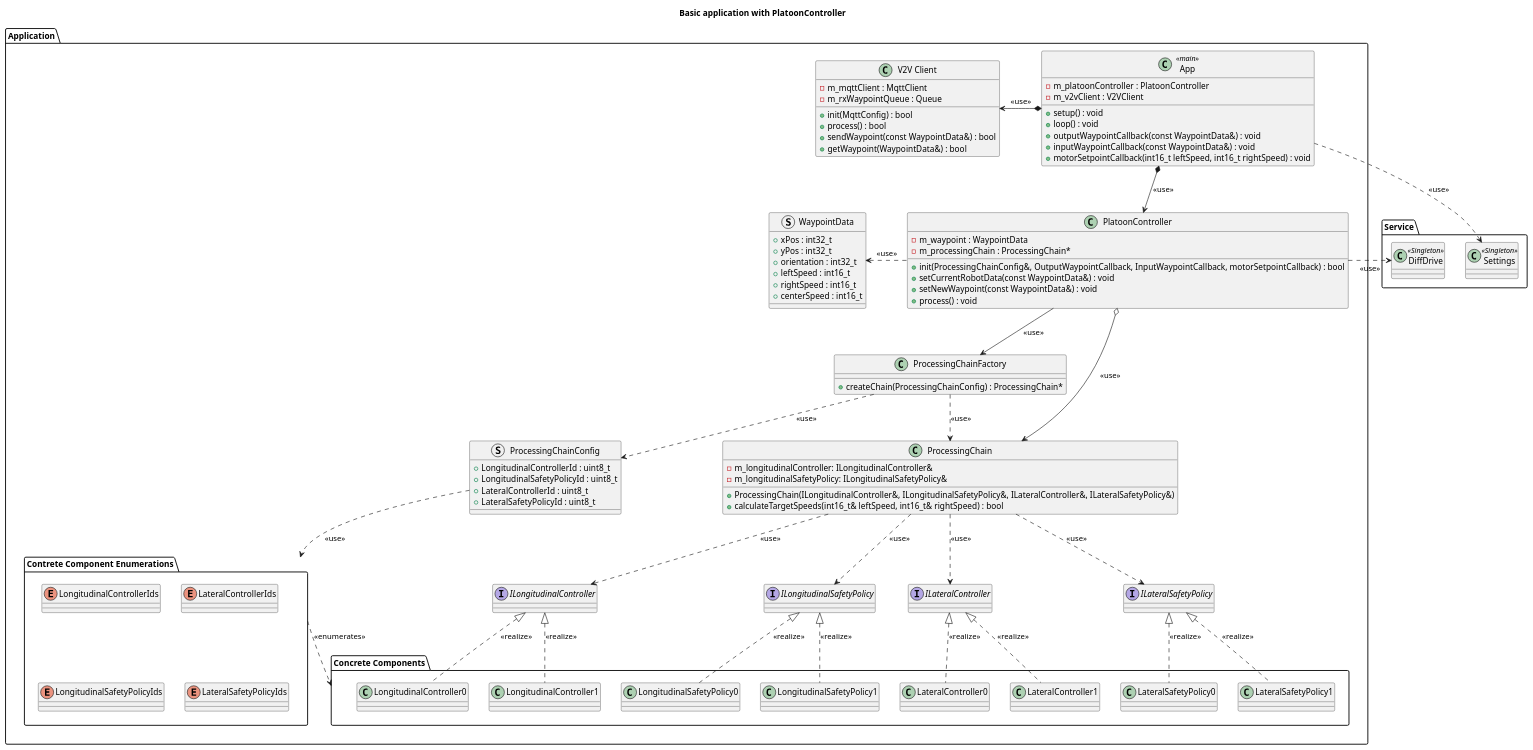
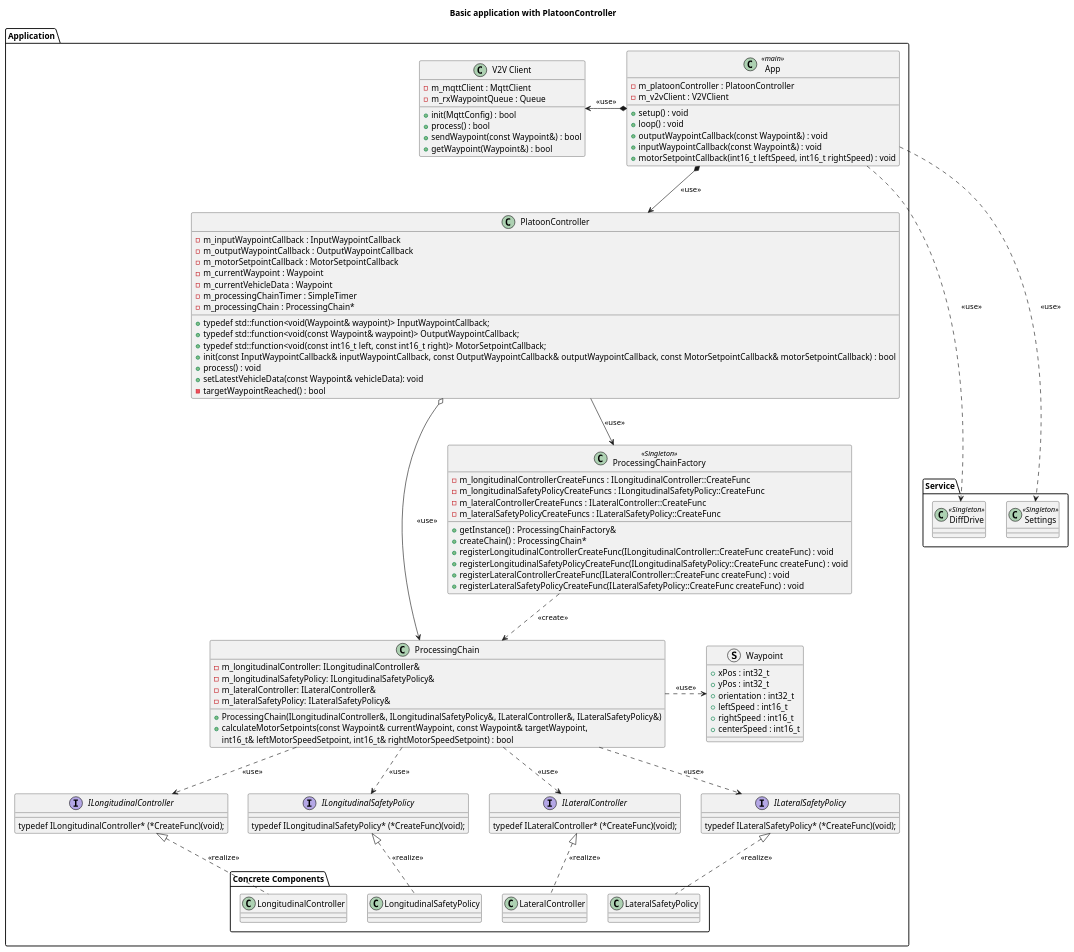
Before and after one commit to BlueAndi/DroidControlShip: the diagram in doc/architecture/uml/LogicalView/PlatoonController.puml/Application.puml, drawn with PlantUML.

Commit message:
Updated Architecture diagram

```diff
--- a/doc/architecture/uml/LogicalView/PlatoonController.puml/Application.puml
+++ b/doc/architecture/uml/LogicalView/PlatoonController.puml/Application.puml
@@ -1,127 +1,126 @@
 @startuml PlatoonControllerApplication
 
 title Basic application with PlatoonController
 
 package "Application" as appLayer {
 
-    struct WaypointData {
+    struct Waypoint {
         + xPos : int32_t
         + yPos : int32_t
         + orientation : int32_t
         + leftSpeed : int16_t
         + rightSpeed : int16_t
         + centerSpeed : int16_t
     }
 
     class App <<main>>{
         - m_platoonController : PlatoonController
         - m_v2vClient : V2VClient
         + setup() : void
         + loop() : void
-        + outputWaypointCallback(const WaypointData&) : void
-        + inputWaypointCallback(const WaypointData&) : void
+        + outputWaypointCallback(const Waypoint&) : void
+        + inputWaypointCallback(const Waypoint&) : void
         + motorSetpointCallback(int16_t leftSpeed, int16_t rightSpeed) : void
     }
 
     class "V2V Client" as v2v
     {
         - m_mqttClient : MqttClient
         - m_rxWaypointQueue : Queue
         + init(MqttConfig) : bool
         + process() : bool
-        + sendWaypoint(const WaypointData&) : bool
-        + getWaypoint(WaypointData&) : bool
+        + sendWaypoint(const Waypoint&) : bool
+        + getWaypoint(Waypoint&) : bool
     }
 
     class PlatoonController {
-        + init(ProcessingChainConfig&, OutputWaypointCallback, InputWaypointCallback, motorSetpointCallback) : bool
-        + setCurrentRobotData(const WaypointData&) : void
-        + setNewWaypoint(const WaypointData&) : void
+        + typedef std::function<void(Waypoint& waypoint)> InputWaypointCallback;
+        + typedef std::function<void(const Waypoint& waypoint)> OutputWaypointCallback;
+        + typedef std::function<void(const int16_t left, const int16_t right)> MotorSetpointCallback;
+        + init(const InputWaypointCallback& inputWaypointCallback, const OutputWaypointCallback& outputWaypointCallback, const MotorSetpointCallback& motorSetpointCallback) : bool
         + process() : void
-
-        - m_waypoint : WaypointData
+        + setLatestVehicleData(const Waypoint& vehicleData): void
+        - targetWaypointReached() : bool
+        - m_inputWaypointCallback : InputWaypointCallback
+        - m_outputWaypointCallback : OutputWaypointCallback
+        - m_motorSetpointCallback : MotorSetpointCallback
+        - m_currentWaypoint : Waypoint
+        - m_currentVehicleData : Waypoint
+        - m_processingChainTimer : SimpleTimer
         - m_processingChain : ProcessingChain*
     }
 
-    class ProcessingChainFactory {
-        + createChain(ProcessingChainConfig) : ProcessingChain*
-    }
-
-    struct ProcessingChainConfig {
-        + LongitudinalControllerId : uint8_t
-        + LongitudinalSafetyPolicyId : uint8_t
-        + LateralControllerId : uint8_t
-        + LateralSafetyPolicyId : uint8_t
+    class ProcessingChainFactory <<Singleton>> {
+        + getInstance() : ProcessingChainFactory&
+        + createChain() : ProcessingChain*
+        + registerLongitudinalControllerCreateFunc(ILongitudinalController::CreateFunc createFunc) : void
+        + registerLongitudinalSafetyPolicyCreateFunc(ILongitudinalSafetyPolicy::CreateFunc createFunc) : void
+        + registerLateralControllerCreateFunc(ILateralController::CreateFunc createFunc) : void
+        + registerLateralSafetyPolicyCreateFunc(ILateralSafetyPolicy::CreateFunc createFunc) : void
+        - m_longitudinalControllerCreateFuncs : ILongitudinalController::CreateFunc
+        - m_longitudinalSafetyPolicyCreateFuncs : ILongitudinalSafetyPolicy::CreateFunc
+        - m_lateralControllerCreateFuncs : ILateralController::CreateFunc
+        - m_lateralSafetyPolicyCreateFuncs : ILateralSafetyPolicy::CreateFunc
     }
 
     class ProcessingChain {
         - m_longitudinalController: ILongitudinalController&
         - m_longitudinalSafetyPolicy: ILongitudinalSafetyPolicy&
+        - m_lateralController: ILateralController&
+        - m_lateralSafetyPolicy: ILateralSafetyPolicy&
         + ProcessingChain(ILongitudinalController&, ILongitudinalSafetyPolicy&, ILateralController&, ILateralSafetyPolicy&)
-        + calculateTargetSpeeds(int16_t& leftSpeed, int16_t& rightSpeed) : bool
+        + calculateMotorSetpoints(const Waypoint& currentWaypoint, const Waypoint& targetWaypoint,
+                                 int16_t& leftMotorSpeedSetpoint, int16_t& rightMotorSpeedSetpoint) : bool
     }
 
-    interface ILongitudinalController
-    interface ILongitudinalSafetyPolicy
-    interface ILateralController
-    interface ILateralSafetyPolicy
+    interface ILongitudinalController {
+        typedef ILongitudinalController* (*CreateFunc)(void);
+    }
 
+    interface ILongitudinalSafetyPolicy {
+        typedef ILongitudinalSafetyPolicy* (*CreateFunc)(void);
+    }
+
+    interface ILateralController {
+        typedef ILateralController* (*CreateFunc)(void);
+    }
+
+    interface ILateralSafetyPolicy {
+        typedef ILateralSafetyPolicy* (*CreateFunc)(void);
+    }
 
     package "Concrete Components" as concreteComponents {
-        class LongitudinalController0
-        class LongitudinalSafetyPolicy0
-        class LateralController0
-        class LateralSafetyPolicy0
-        class LongitudinalController1
-        class LongitudinalSafetyPolicy1
-        class LateralController1
-        class LateralSafetyPolicy1
-    }
-
-    package "Contrete Component Enumerations" as enumerations {
-        enum LongitudinalControllerIds
-        enum LateralControllerIds
-        enum LongitudinalSafetyPolicyIds
-        enum LateralSafetyPolicyIds
+        class LongitudinalController
+        class LongitudinalSafetyPolicy
+        class LateralController
+        class LateralSafetyPolicy
     }
 }
 
 package "Service" as serviceLayer {
     class DiffDrive <<Singleton>>
     class Settings <<Singleton>>
 }
 
 App *--> PlatoonController : <<use>>
-App .right.> Settings : <<use>>
+App ...> Settings : <<use>>
 App *-left-> v2v : <<use>>
+App ...> DiffDrive : <<use>>
 
-PlatoonController ..left.> WaypointData : <<use>>
-PlatoonController ..right.> DiffDrive : <<use>>
 PlatoonController --> ProcessingChainFactory : <<use>>
 PlatoonController o--> ProcessingChain: <<use>>
 
-ProcessingChainConfig ..> enumerations : <<use>>
-
-ProcessingChainFactory ..> ProcessingChainConfig : <<use>>
-ProcessingChainFactory ..> ProcessingChain: <<use>>
-
-enumerations ..> concreteComponents : <<enumerates>>
+ProcessingChainFactory ..> ProcessingChain: <<create>>
 
 ProcessingChain ..> ILongitudinalController : <<use>>
 ProcessingChain ..> ILongitudinalSafetyPolicy : <<use>>
 ProcessingChain ..> ILateralController : <<use>>
 ProcessingChain ..> ILateralSafetyPolicy : <<use>>
+ProcessingChain ..right.> Waypoint : <<use>>
 
-ILongitudinalController <|.. LongitudinalController0 : <<realize>>
-ILongitudinalController <|.. LongitudinalController1 : <<realize>>
-
-ILongitudinalSafetyPolicy <|.. LongitudinalSafetyPolicy0 : <<realize>>
-ILongitudinalSafetyPolicy <|.. LongitudinalSafetyPolicy1 : <<realize>>
-
-ILateralController <|.. LateralController0 : <<realize>>
-ILateralController <|.. LateralController1 : <<realize>>
-
-ILateralSafetyPolicy <|.. LateralSafetyPolicy0 : <<realize>>
-ILateralSafetyPolicy <|.. LateralSafetyPolicy1 : <<realize>>
+ILongitudinalController <|.. LongitudinalController : <<realize>>
+ILongitudinalSafetyPolicy <|.. LongitudinalSafetyPolicy : <<realize>>
+ILateralController <|.. LateralController : <<realize>>
+ILateralSafetyPolicy <|.. LateralSafetyPolicy : <<realize>>
 
 @enduml
```
